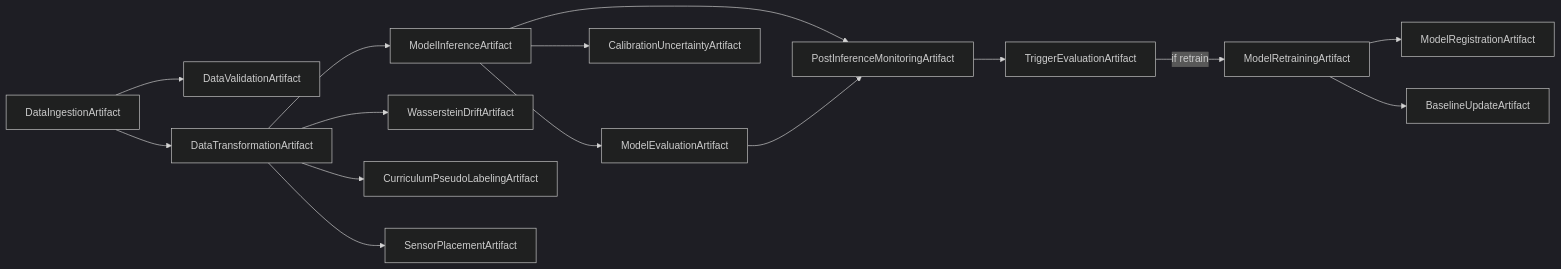
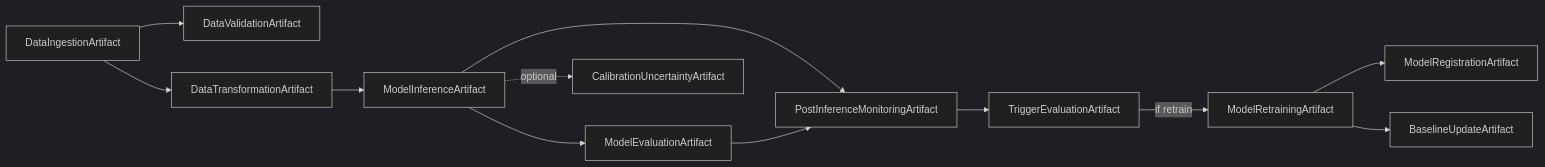
Before and after one commit to ShalinVachheta017/wearable-har-mlops-pipeline: the fourth of 20 diagrams in docs/PIPELINE_DATA_FLOW_MAP.md, drawn with Mermaid (dark theme). The commit also changed other lines of this file and 450 other files, not shown here.

````diff
--- a/docs/PIPELINE_DATA_FLOW_MAP.md
+++ b/docs/PIPELINE_DATA_FLOW_MAP.md
@@ -118,19 +115,16 @@
 ```mermaid
 flowchart LR
     A1[DataIngestionArtifact] --> A2[DataValidationArtifact]
     A1 --> A3[DataTransformationArtifact]
     A3 --> A4[ModelInferenceArtifact]
     A4 --> A5[ModelEvaluationArtifact]
     A4 --> A6[PostInferenceMonitoringArtifact]
     A5 --> A6
     A6 --> A7[TriggerEvaluationArtifact]
 
     A7 -->|if retrain| A8[ModelRetrainingArtifact]
     A8 --> A9[ModelRegistrationArtifact]
     A8 --> A10[BaselineUpdateArtifact]
 
-    A4 --> A11[CalibrationUncertaintyArtifact]
-    A3 --> A12[WassersteinDriftArtifact]
-    A3 --> A13[CurriculumPseudoLabelingArtifact]
-    A3 --> A14[SensorPlacementArtifact]
+    A4 -. optional .-> A11[CalibrationUncertaintyArtifact]
 ```
````
